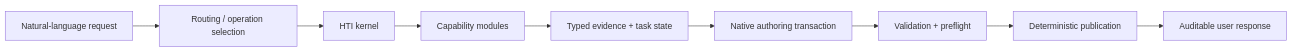
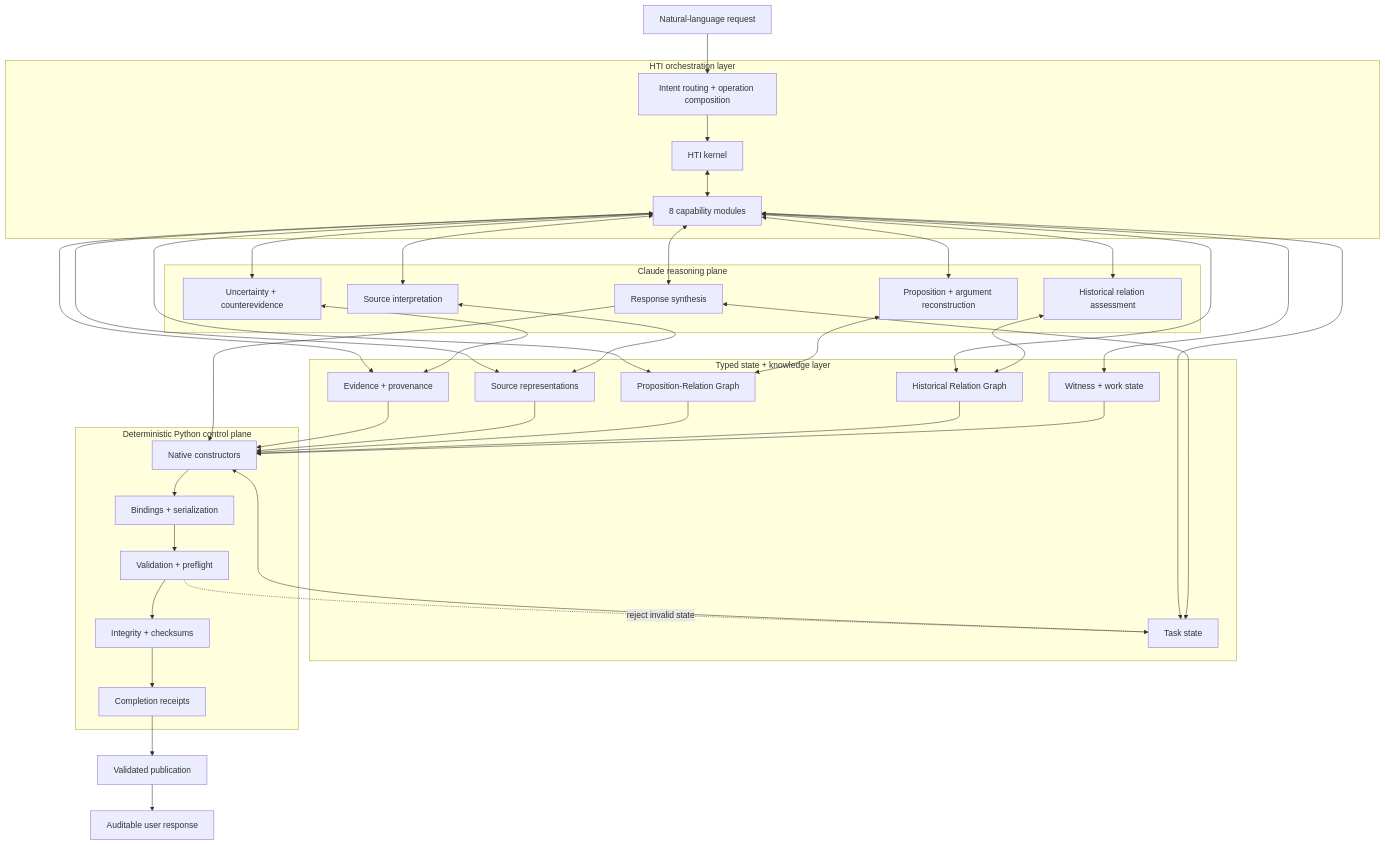
Before and after one commit to pshuklabaidya/historical-theological-intelligence: the first of 2 diagrams in README.md, drawn with Mermaid. The commit also changed other lines of this file, not shown here.

Commit message:
Replace linear diagram with layered HTI architecture

````diff
--- a/README.md
+++ b/README.md
@@ -39,11 +41,78 @@
 ```mermaid
-flowchart LR
-    A["Natural-language request"] --> B["Routing / operation selection"]
-    B --> C["HTI kernel"]
-    C --> D["Capability modules"]
-    D --> E["Typed evidence + task state"]
-    E --> F["Native authoring transaction"]
-    F --> G["Validation + preflight"]
-    G --> H["Deterministic publication"]
-    H --> I["Auditable user response"]
+flowchart TB
+
+    U["Natural-language request"]
+
+    subgraph ORCH["HTI orchestration layer"]
+        R["Intent routing + operation composition"]
+        K["HTI kernel"]
+        M["8 capability modules"]
+        R --> K
+        K <--> M
+    end
+
+    subgraph CLAUDE["Claude reasoning plane"]
+        C1["Source interpretation"]
+        C2["Proposition + argument reconstruction"]
+        C3["Historical relation assessment"]
+        C4["Uncertainty + counterevidence"]
+        C5["Response synthesis"]
+    end
+
+    subgraph STATE["Typed state + knowledge layer"]
+        T["Task state"]
+        E["Evidence + provenance"]
+        S["Source representations"]
+        P["Proposition-Relation Graph"]
+        H["Historical Relation Graph"]
+        W["Witness + work state"]
+    end
+
+    subgraph CONTROL["Deterministic Python control plane"]
+        N["Native constructors"]
+        B["Bindings + serialization"]
+        V["Validation + preflight"]
+        I["Integrity + checksums"]
+        C["Completion receipts"]
+        N --> B
+        B --> V
+        V --> I
+        I --> C
+    end
+
+    PUB["Validated publication"]
+    OUT["Auditable user response"]
+
+    U --> R
+    M <--> C1
+    M <--> C2
+    M <--> C3
+    M <--> C4
+    M <--> C5
+
+    M <--> T
+    M <--> E
+    M <--> S
+    M <--> P
+    M <--> H
+    M <--> W
+
+    C1 <--> S
+    C2 <--> P
+    C3 <--> H
+    C4 <--> E
+    C5 <--> T
+
+    T --> N
+    E --> N
+    S --> N
+    P --> N
+    H --> N
+    W --> N
+    C5 --> N
+
+    C --> PUB
+    PUB --> OUT
+
+    V -. "reject invalid state" .-> T
 ```
````
